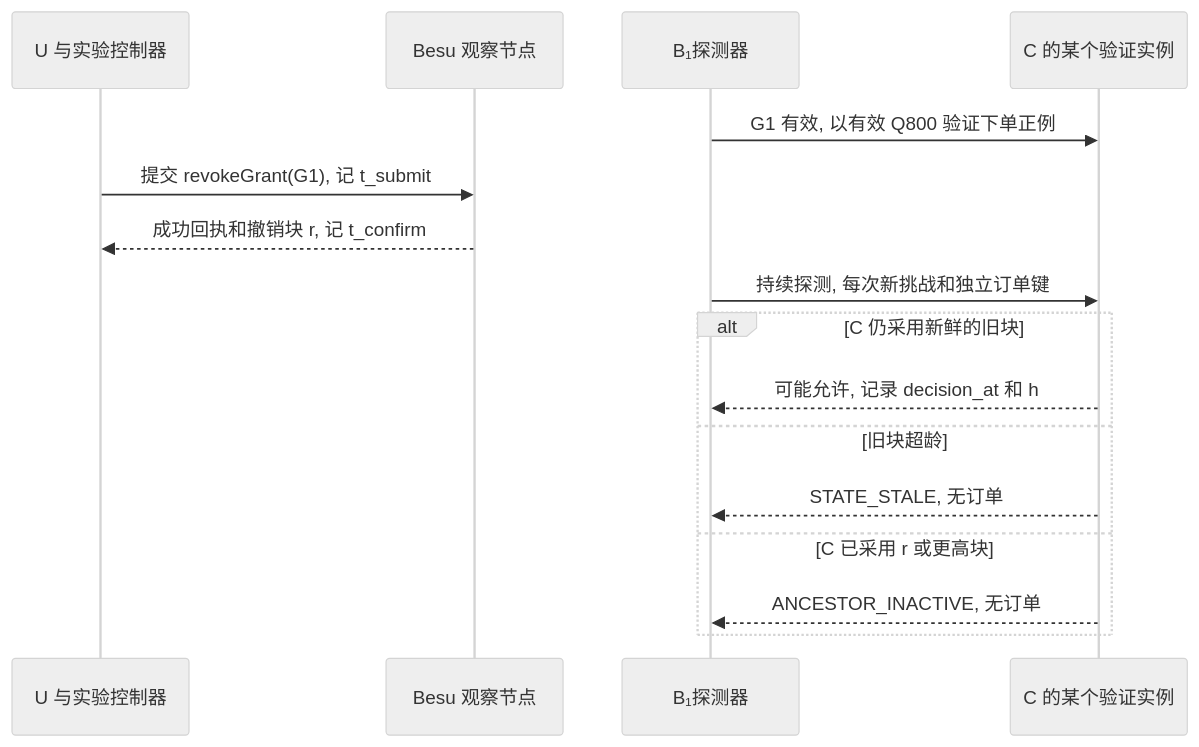
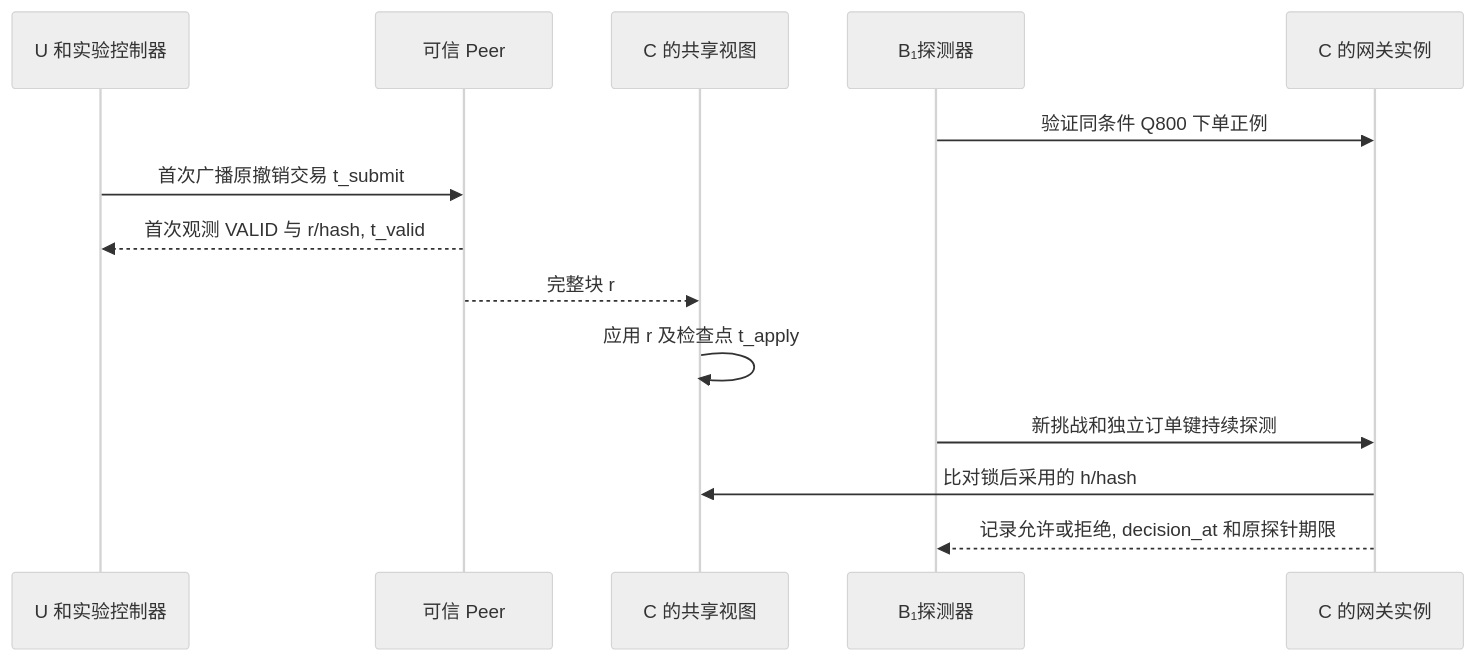
One commit to yjydist/graduation-design changed the diagram in docs/experiments/实验计划.md. Above: the diagram before and after it, drawn with Mermaid (neutral theme). The commit also changed other lines of this file and 2839 other files, not shown here.

````diff
--- a/docs/experiments/实验计划.md
+++ b/docs/experiments/实验计划.md
@@ -30,18 +30,16 @@
 ```mermaid
 sequenceDiagram
-    participant U as U 与实验控制器
-    participant L as Besu 观察节点
+    participant U as U 和实验控制器
+    participant F as 可信 Peer
+    participant V as C 的共享视图
     participant B as B₁探测器
-    participant C as C 的某个验证实例
-    B->>C: G1 有效, 以有效 Q800 验证下单正例
-    U->>L: 提交 revokeGrant(G1), 记 t_submit
-    L-->>U: 成功回执和撤销块 r, 记 t_confirm
-    B->>C: 持续探测, 每次新挑战和独立订单键
-    alt C 仍采用新鲜的旧块
-        C-->>B: 可能允许, 记录 decision_at 和 h
-    else 旧块超龄
-        C-->>B: STATE_STALE, 无订单
-    else C 已采用 r 或更高块
-        C-->>B: ANCESTOR_INACTIVE, 无订单
-    end
+    participant C as C 的网关实例
+    B->>C: 验证同条件 Q800 下单正例
+    U->>F: 首次广播原撤销交易 t_submit
+    F-->>U: 首次观测 VALID 与 r/hash, t_valid
+    F-->>V: 完整块 r
+    V->>V: 应用 r 及检查点 t_apply
+    B->>C: 新挑战和独立订单键持续探测
+    C->>V: 比对锁后采用的 h/hash
+    C-->>B: 记录允许或拒绝, decision_at 和原探针期限
 ```
````
